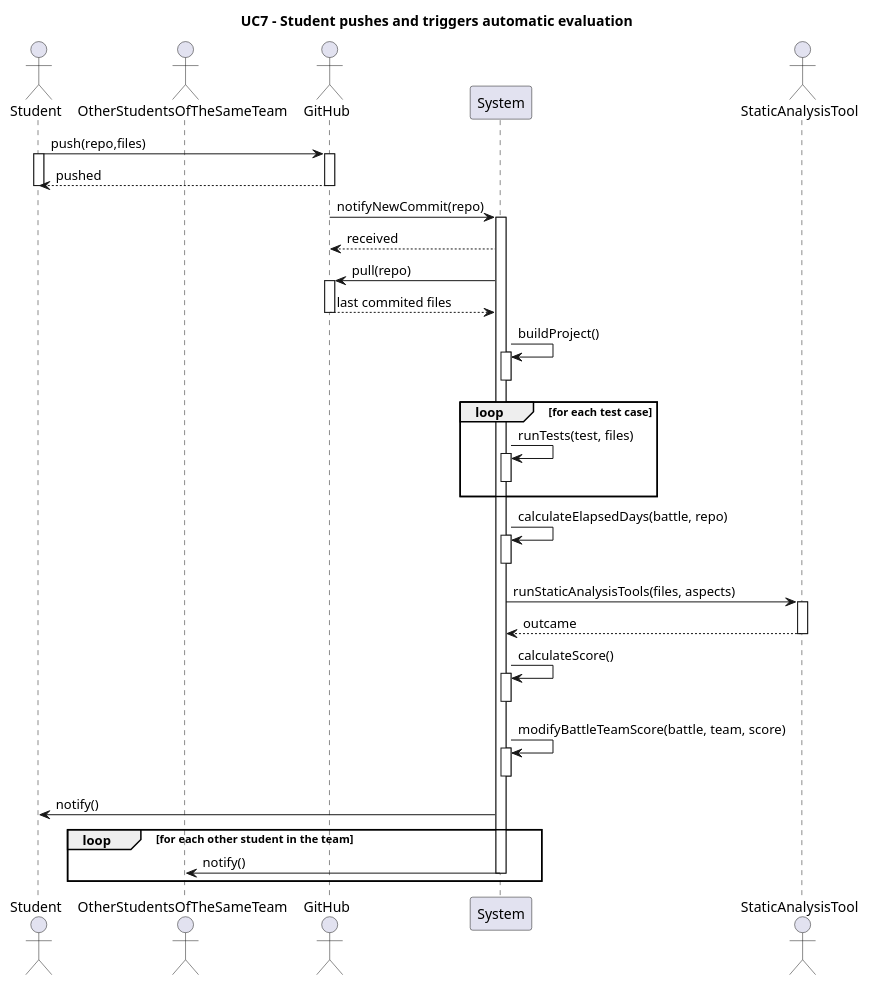
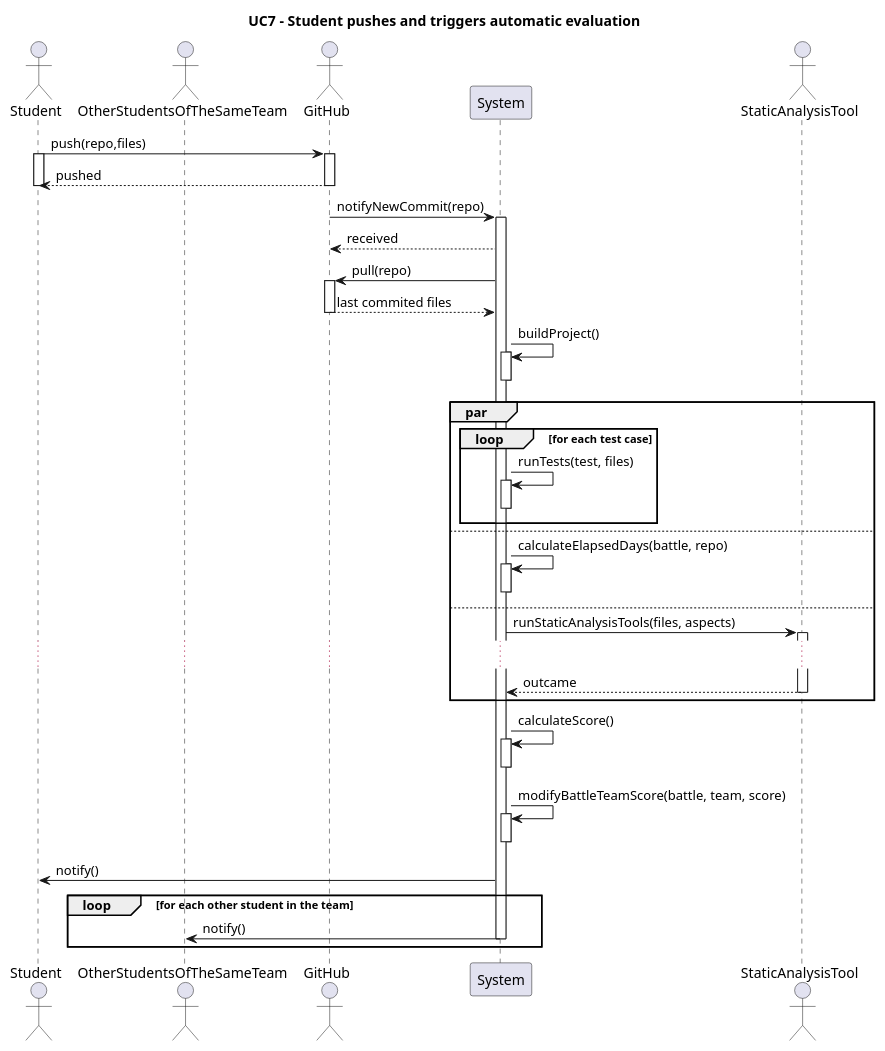
The diagram in rasd/puml/UC7.puml (Furrrlo/CodeKataBattle), drawn with PlantUML before and after one commit.

Commit message:
Updated UC7 RASD
Now run tests, runStaticAnalysisTools and calculateElapsedDays are executed in parallel

```diff
--- a/rasd/puml/UC7.puml
+++ b/rasd/puml/UC7.puml
@@ -1,45 +1,51 @@
 @startuml UC7
 title UC7 - Student pushes and triggers automatic evaluation
 actor Student
 actor OtherStudentsOfTheSameTeam
 actor GitHub
 participant System
 actor StaticAnalysisTool
 
 Student -> GitHub ++ : push(repo,files)
 activate Student
 GitHub --> Student --: pushed
 deactivate Student
 
 
 GitHub -> System ++ : notifyNewCommit(repo)
 
 System --> GitHub : received
 
 System -> GitHub ++ : pull(repo)
 GitHub --> System --: last commited files
 
 System -> System ++--: buildProject()
 
+par
+
 loop for each test case
     System -> System ++--: runTests(test, files)
 end
 
+else
+
 System -> System ++--: calculateElapsedDays(battle, repo)
-
+else
 System -> StaticAnalysisTool ++: runStaticAnalysisTools(files, aspects)
+...
 StaticAnalysisTool --> System -- : outcame
 
+end
 
 System -> System ++--: calculateScore()
 
 System -> System ++--: modifyBattleTeamScore(battle, team, score)
 
 System -> Student: notify()
 loop for each other student in the team
     System -> OtherStudentsOfTheSameTeam: notify()
     deactivate System
 end
 
 
 @enduml
```
